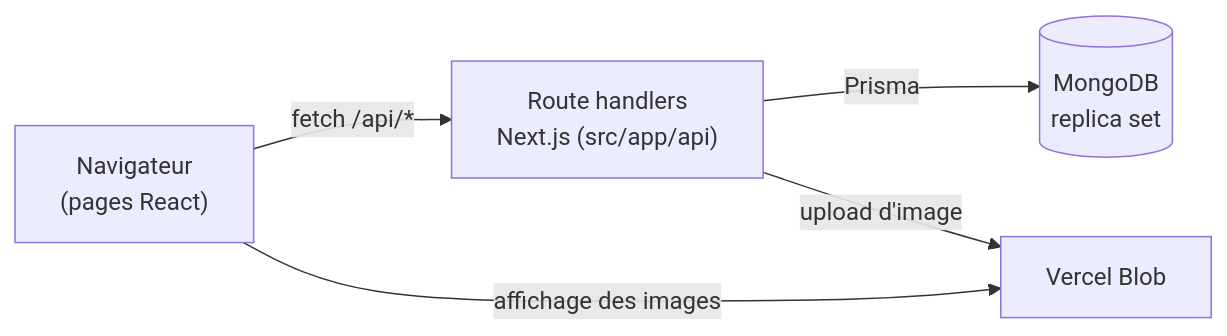
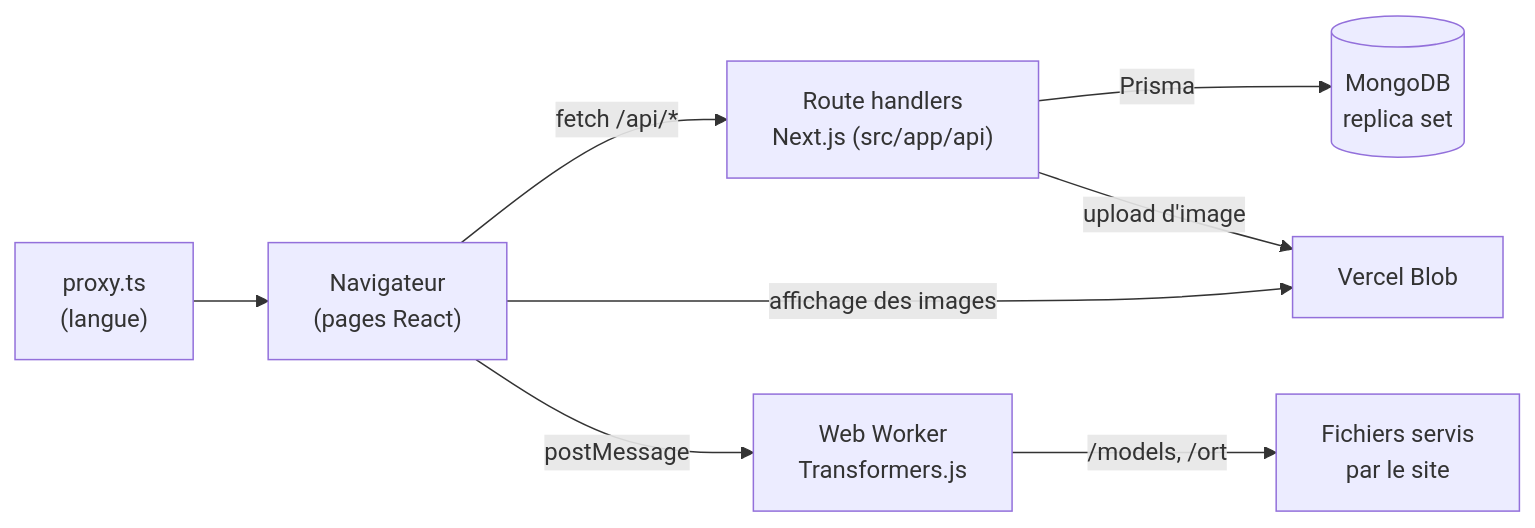
Before and after one commit to Alexandre-git-SDV/Projet-Blog-Pattes-Douces: the second of 2 diagrams in README.md, drawn with Mermaid. The commit also changed other lines of this file and 1 other file, not shown here.

````diff
--- a/README.md
+++ b/README.md
@@ -460,7 +567,10 @@
 ```mermaid
 flowchart LR
-    B["Navigateur<br/>(pages React)"] -- "fetch /api/*" --> A["Route handlers<br/>Next.js (src/app/api)"]
+    P["proxy.ts<br/>(langue)"] --> B["Navigateur<br/>(pages React)"]
+    B -- "fetch /api/*" --> A["Route handlers<br/>Next.js (src/app/api)"]
     A -- Prisma --> M[("MongoDB<br/>replica set")]
     A -- "upload d'image" --> V["Vercel Blob"]
     B -- "affichage des images" --> V
+    B -- "postMessage" --> W["Web Worker<br/>Transformers.js"]
+    W -- "/models, /ort" --> S["Fichiers servis<br/>par le site"]
 ```
````
